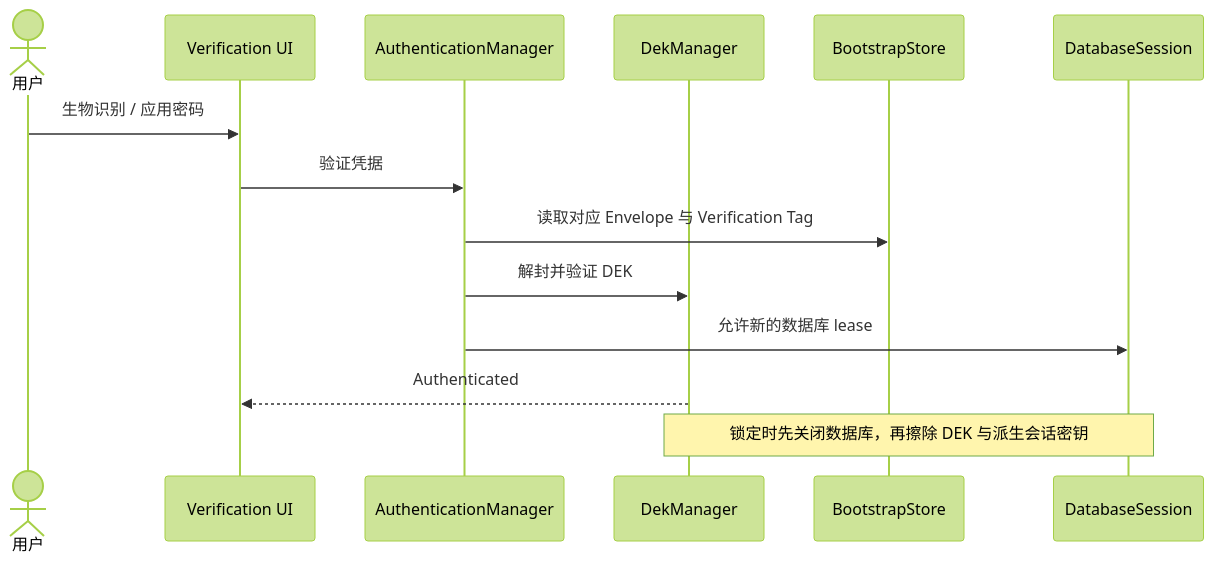
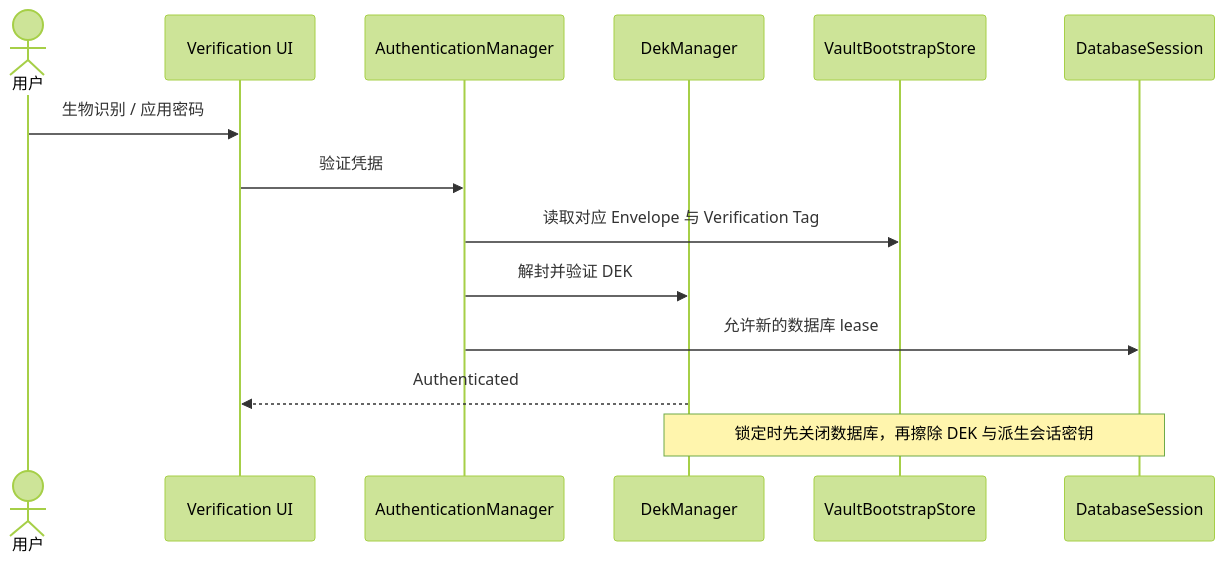
Before and after one commit to aozijx/Passly: the first of 2 diagrams in docs/architecture/runtime-flows.md, drawn with Mermaid (forest theme). The commit also changed other lines of this file and 5 other files, not shown here.

````diff
--- a/docs/architecture/runtime-flows.md
+++ b/docs/architecture/runtime-flows.md
@@ -5,16 +5,16 @@
 ```mermaid
 sequenceDiagram
     actor User as 用户
     participant UI as Verification UI
     participant Auth as AuthenticationManager
     participant DEK as DekManager
-    participant Boot as BootstrapStore
+    participant Boot as VaultBootstrapStore
     participant DB as DatabaseSession
     User->>UI: 生物识别 / 应用密码
     UI->>Auth: 验证凭据
     Auth->>Boot: 读取对应 Envelope 与 Verification Tag
     Auth->>DEK: 解封并验证 DEK
     Auth->>DB: 允许新的数据库 lease
     DEK-->>UI: Authenticated
     Note over DEK,DB: 锁定时先关闭数据库，再擦除 DEK 与派生会话密钥
 ```
````
